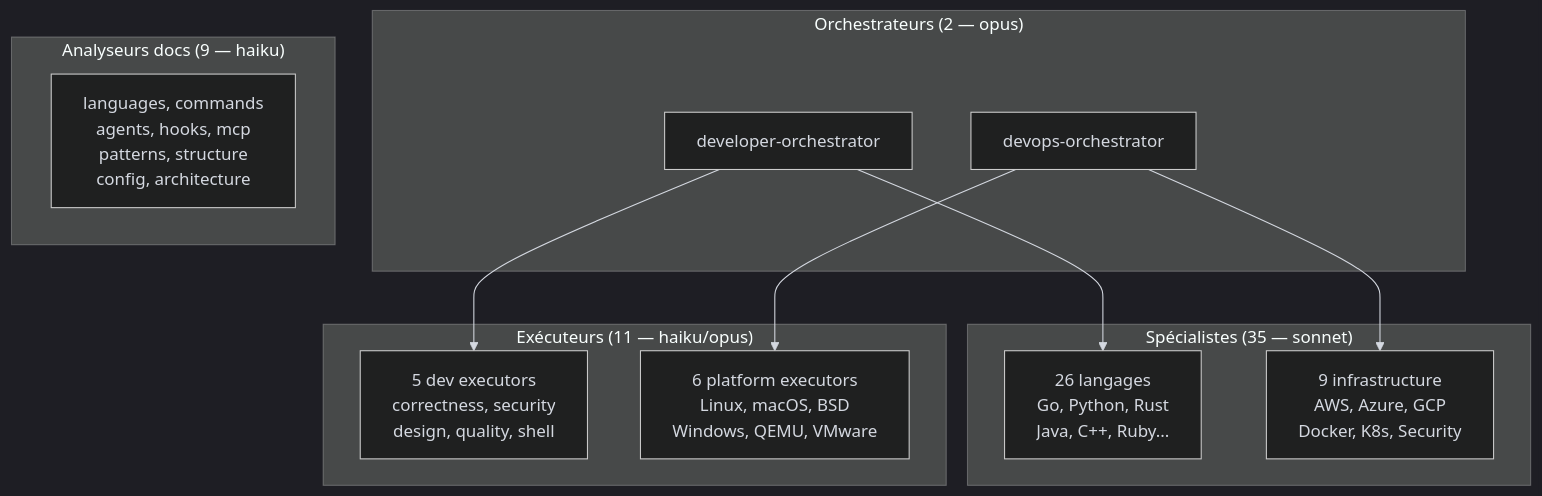
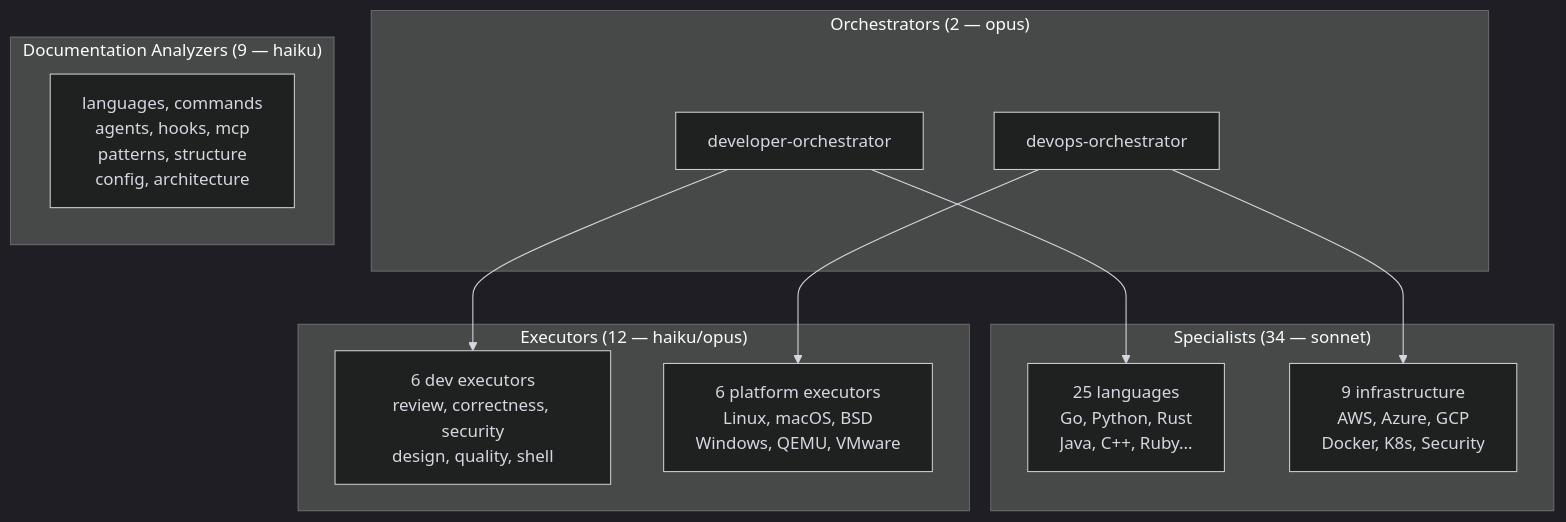
One commit to kodflow/devcontainer-template changed the second of 2 diagrams in docs/architecture/README.md. Above: the diagram before and after it, drawn with Mermaid. The commit also changed other lines of this file and 60 other files, not shown here.

````diff
--- a/docs/architecture/README.md
+++ b/docs/architecture/README.md
@@ -108,33 +108,33 @@
 ```mermaid
 %%{init: {'theme': 'dark', 'themeVariables': {
   'primaryColor': '#9D76FB1a',
   'primaryBorderColor': '#9D76FB',
   'primaryTextColor': '#d4d8e0',
   'lineColor': '#d4d8e0',
   'textColor': '#d4d8e0'
 }}}%%
 flowchart TD
-    subgraph ORCH["Orchestrateurs (2 — opus)"]
+    subgraph ORCH["Orchestrators (2 — opus)"]
         DO[developer-orchestrator]
         OO[devops-orchestrator]
     end
 
-    subgraph SPEC["Spécialistes (35 — sonnet)"]
-        LS[26 langages<br/>Go, Python, Rust<br/>Java, C++, Ruby...]
+    subgraph SPEC["Specialists (34 — sonnet)"]
+        LS[25 languages<br/>Go, Python, Rust<br/>Java, C++, Ruby...]
         IS[9 infrastructure<br/>AWS, Azure, GCP<br/>Docker, K8s, Security]
     end
 
-    subgraph EXEC["Exécuteurs (11 — haiku/opus)"]
-        DE[5 dev executors<br/>correctness, security<br/>design, quality, shell]
+    subgraph EXEC["Executors (12 — haiku/opus)"]
+        DE[6 dev executors<br/>review, correctness, security<br/>design, quality, shell]
         PE[6 platform executors<br/>Linux, macOS, BSD<br/>Windows, QEMU, VMware]
     end
 
-    subgraph DOCS["Analyseurs docs (9 — haiku)"]
+    subgraph DOCS["Documentation Analyzers (9 — haiku)"]
         DA[languages, commands<br/>agents, hooks, mcp<br/>patterns, structure<br/>config, architecture]
     end
 
     DO --> LS
     DO --> DE
     OO --> IS
     OO --> PE
 ```
````
